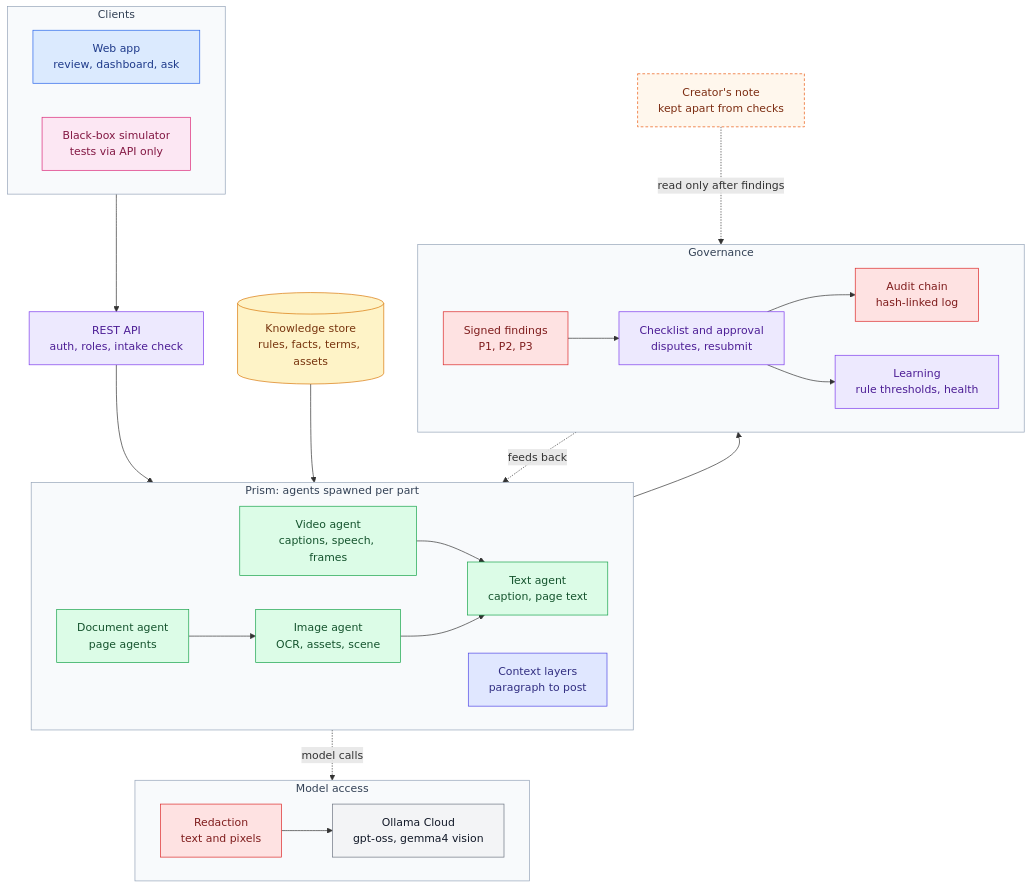
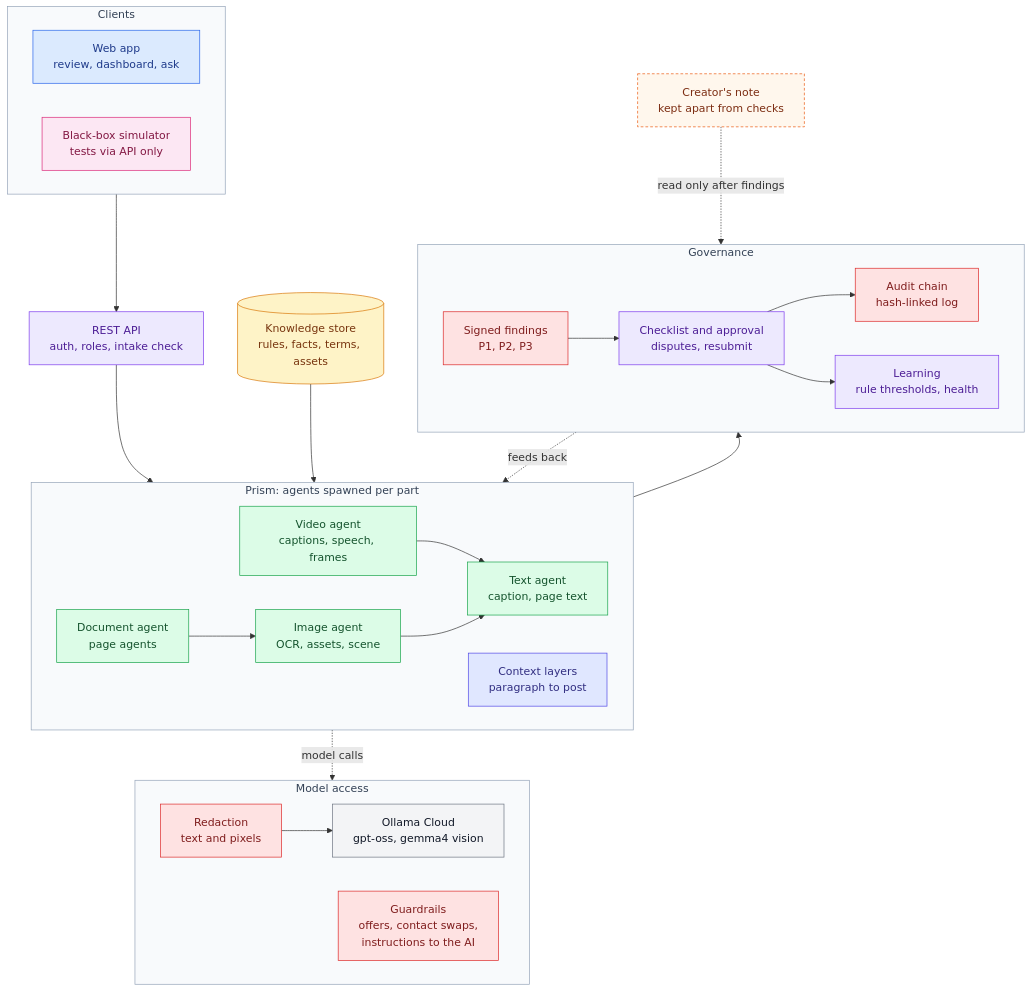
One commit to varadarajjborkar/verytas changed the first of 2 diagrams in README.md. Above: the diagram before and after it, drawn with Mermaid. The commit also changed other lines of this file and 2 other files, not shown here.

First line of the commit message:
docs: two apps, escalations, guardrails and brand events

````diff
--- a/README.md
+++ b/README.md
@@ -36,63 +39,64 @@
 ```mermaid
 flowchart TB
     subgraph Clients
         direction LR
         UI["Web app<br/>review, dashboard, ask"]:::client
         BB["Black-box simulator<br/>tests via API only"]:::sim
     end
 
     API["REST API<br/>auth, roles, intake check"]:::api
     DB[("Knowledge store<br/>rules, facts, terms, assets")]:::data
     NOTE["Creator's note<br/>kept apart from checks"]:::note
 
     subgraph Pipeline["Prism: agents spawned per part"]
         direction LR
         TXT["Text agent<br/>caption, page text"]:::check
         IMG["Image agent<br/>OCR, assets, scene"]:::check
         DOC["Document agent<br/>page agents"]:::check
         VID["Video agent<br/>captions, speech, frames"]:::check
         ONION["Context layers<br/>paragraph to post"]:::core
         DOC --> IMG
         VID --> TXT
         IMG --> TXT
     end
 
     subgraph Models["Model access"]
         direction LR
         RED["Redaction<br/>text and pixels"]:::sec
+    GRD["Guardrails<br/>offers, contact swaps,<br/>instructions to the AI"]:::sec
         LLM["Ollama Cloud<br/>gpt-oss, gemma4 vision"]:::ext
         RED --> LLM
     end
 
     subgraph Governance
         direction LR
         SIG["Signed findings<br/>P1, P2, P3"]:::sec
         FLOW["Checklist and approval<br/>disputes, resubmit"]:::api
         AUD["Audit chain<br/>hash-linked log"]:::sec
         LEARN["Learning<br/>rule thresholds, health"]:::api
         SIG --> FLOW --> AUD
         FLOW --> LEARN
     end
 
     Clients --> API --> Pipeline
     DB --> Pipeline
     Pipeline -. "model calls" .-> Models
     Pipeline --> Governance
     NOTE -. "read only after findings" .-> Governance
     LEARN -. "feeds back" .-> Pipeline
 
     style Clients fill:#f8fafc,stroke:#94a3b8,color:#334155
     style Pipeline fill:#f8fafc,stroke:#94a3b8,color:#334155
     style Models fill:#f8fafc,stroke:#94a3b8,color:#334155
     style Governance fill:#f8fafc,stroke:#94a3b8,color:#334155
 
     classDef client fill:#dbeafe,stroke:#2563eb,color:#1e3a8a
     classDef sim fill:#fce7f3,stroke:#db2777,color:#831843
     classDef api fill:#ede9fe,stroke:#7c3aed,color:#4c1d95
     classDef core fill:#e0e7ff,stroke:#4f46e5,color:#312e81
     classDef check fill:#dcfce7,stroke:#16a34a,color:#14532d
     classDef sec fill:#fee2e2,stroke:#dc2626,color:#7f1d1d
     classDef data fill:#fef3c7,stroke:#d97706,color:#78350f
     classDef ext fill:#f3f4f6,stroke:#6b7280,color:#111827
     classDef note fill:#fff7ed,stroke:#ea580c,color:#7c2d12,stroke-dasharray: 4 3
 ```
````
